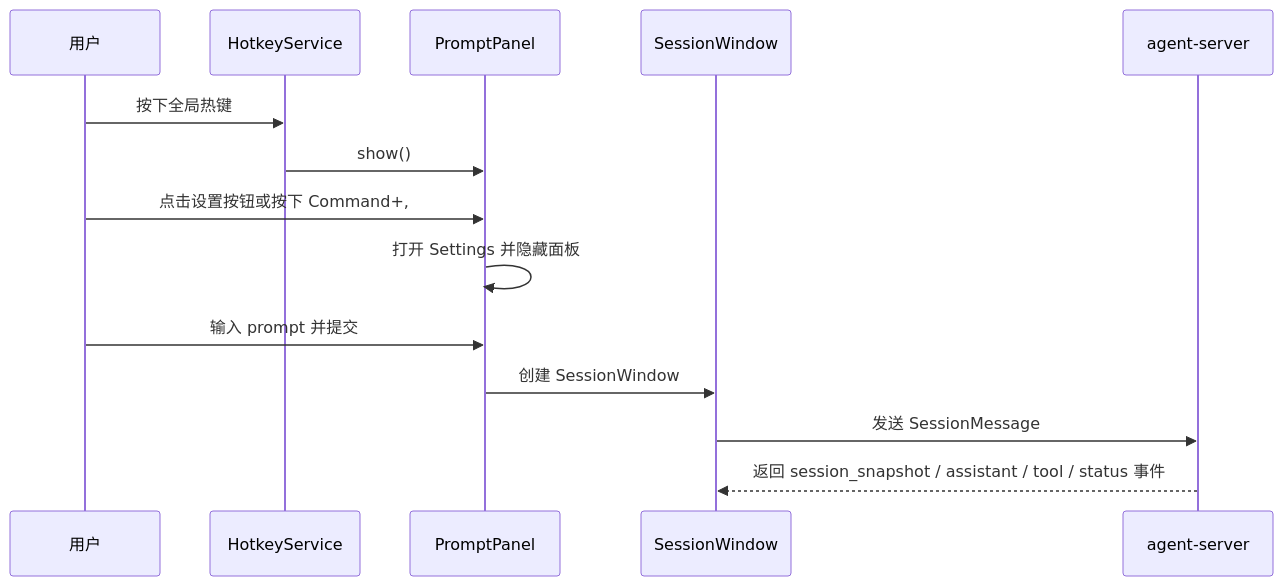
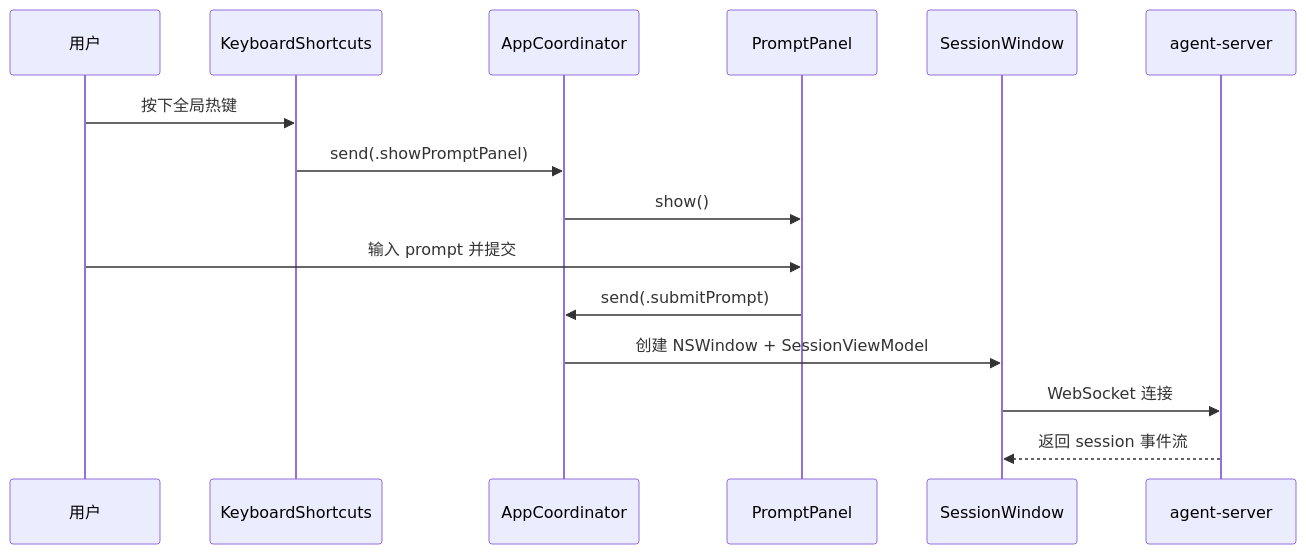
One commit to Lixuhang987/SpotAgent changed the diagram in apps/desktop/desktop.md. Above: the diagram before and after it, drawn with Mermaid. The commit also changed other lines of this file, not shown here.

Commit message:
docs(desktop): update architecture doc for new ViewModel + Theme + Coordinator architecture

````diff
--- a/apps/desktop/desktop.md
+++ b/apps/desktop/desktop.md
@@ -49,17 +123,18 @@
 ```mermaid
 sequenceDiagram
   participant User as 用户
-  participant Hotkey as HotkeyService
+  participant Hotkey as KeyboardShortcuts
+  participant Coord as AppCoordinator
   participant Panel as PromptPanel
   participant Window as SessionWindow
   participant Server as agent-server
 
   User->>Hotkey: 按下全局热键
-  Hotkey->>Panel: show()
-  User->>Panel: 点击设置按钮或按下 Command+,
-  Panel->>Panel: 打开 Settings 并隐藏面板
+  Hotkey->>Coord: send(.showPromptPanel)
+  Coord->>Panel: show()
   User->>Panel: 输入 prompt 并提交
-  Panel->>Window: 创建 SessionWindow
-  Window->>Server: 发送 SessionMessage
-  Server-->>Window: 返回 session_snapshot / assistant / tool / status 事件
+  Panel->>Coord: send(.submitPrompt)
+  Coord->>Window: 创建 NSWindow + SessionViewModel
+  Window->>Server: WebSocket 连接
+  Server-->>Window: 返回 session 事件流
 ```
````
